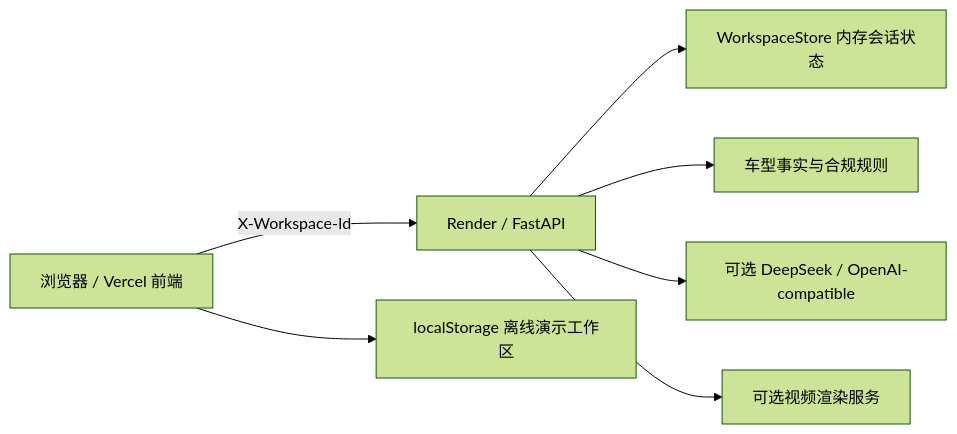
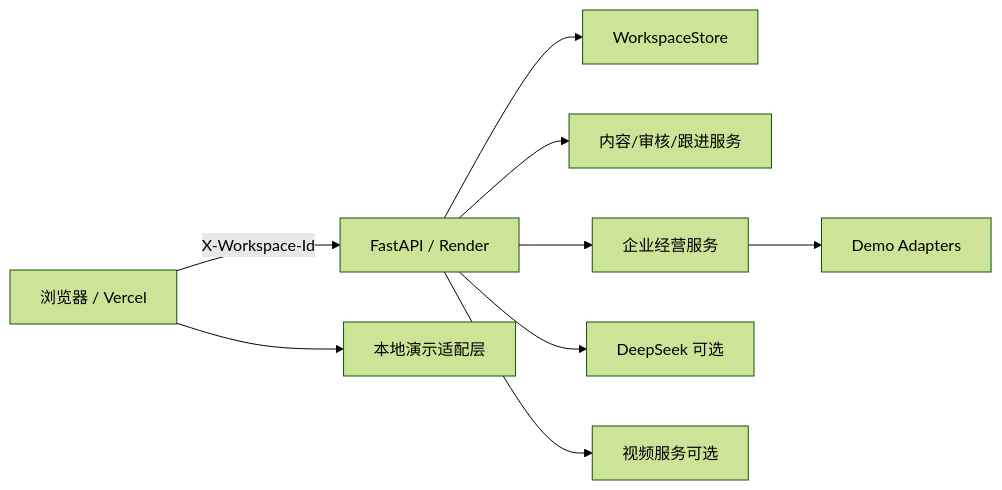
Before and after one commit to Chrisbetheking/ONVO-PersonaFlow: the first of 3 diagrams in ARCHITECTURE.md, drawn with Mermaid (forest theme). The commit also changed other lines of this file and 51 other files, not shown here.

````diff
--- a/ARCHITECTURE.md
+++ b/ARCHITECTURE.md
@@ -5,9 +7,11 @@
 ```mermaid
 flowchart LR
-  Browser[浏览器 / Vercel 前端] -->|X-Workspace-Id| API[Render / FastAPI]
-  Browser --> Local[localStorage 离线演示工作区]
-  API --> Store[WorkspaceStore 内存会话状态]
-  API --> Facts[车型事实与合规规则]
-  API --> LLM[可选 DeepSeek / OpenAI-compatible]
-  API --> Video[可选视频渲染服务]
+  Browser[浏览器 / Vercel] -->|X-Workspace-Id| API[FastAPI / Render]
+  Browser --> Local[本地演示适配层]
+  API --> Store[WorkspaceStore]
+  API --> Core[内容/审核/跟进服务]
+  API --> Enterprise[企业经营服务]
+  Enterprise --> Adapters[Demo Adapters]
+  API --> LLM[DeepSeek 可选]
+  API --> Video[视频服务可选]
 ```
````
